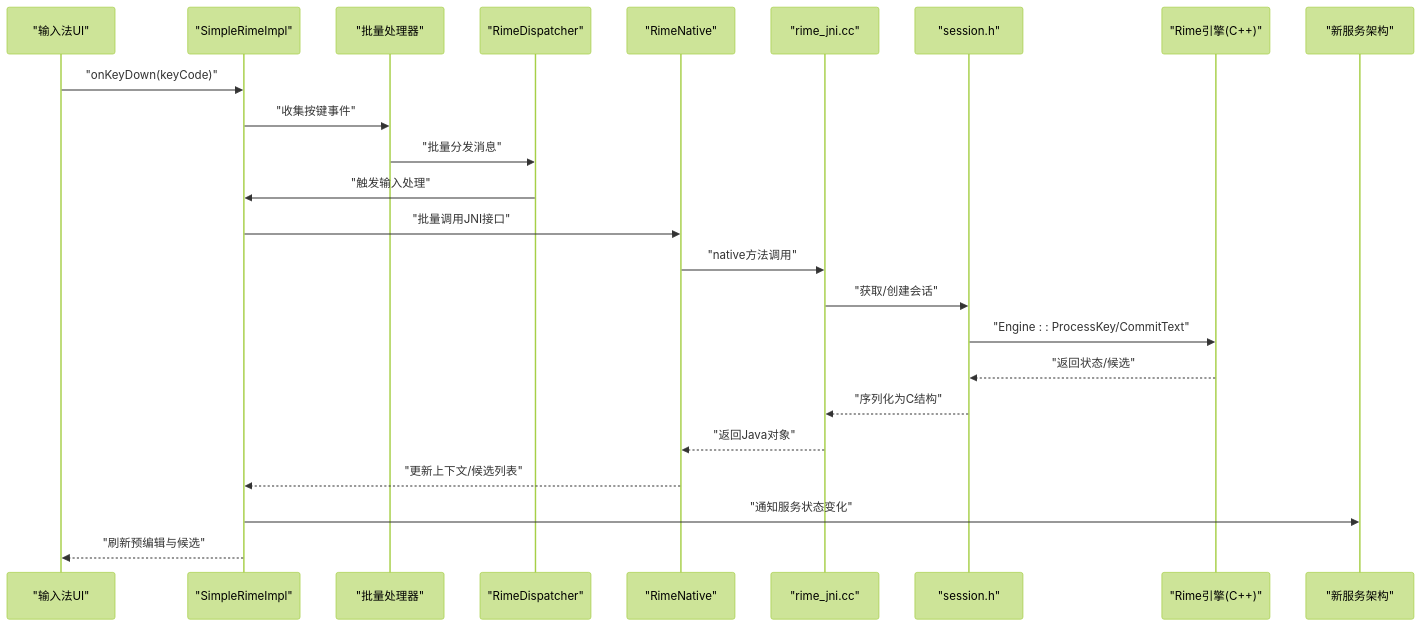
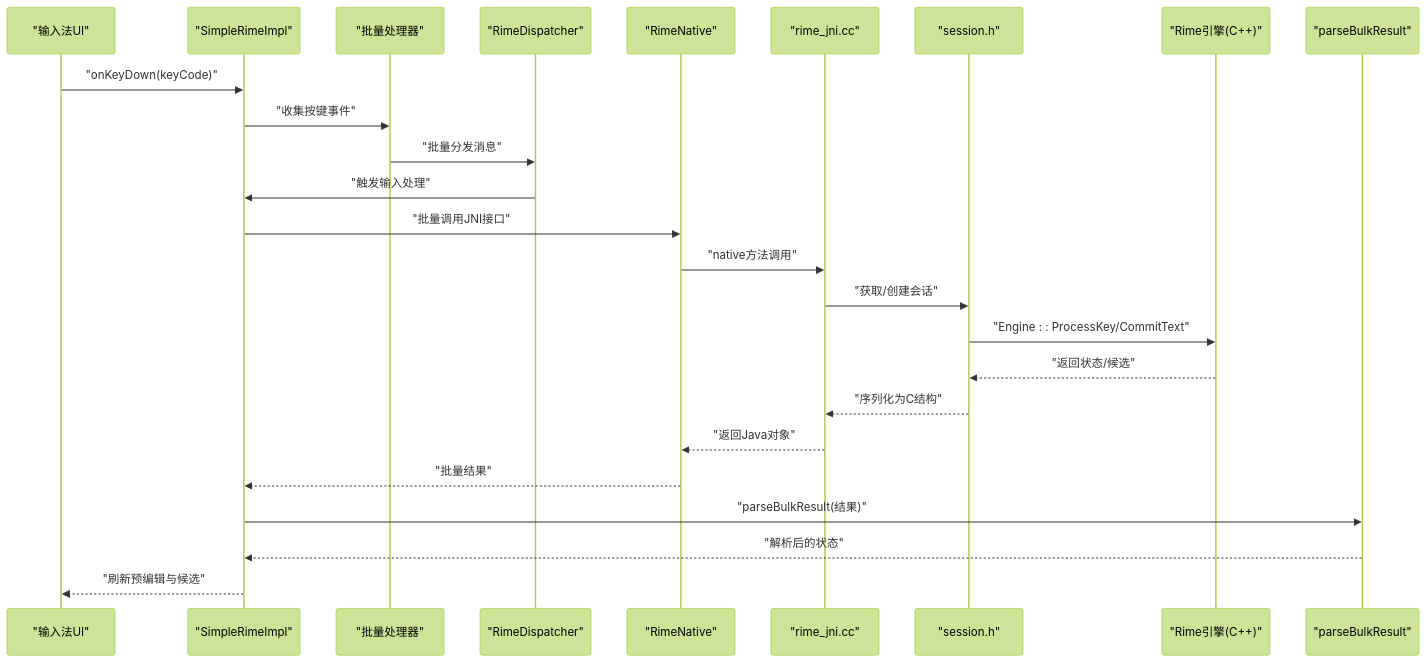
Before and after one commit to qiaodashaoye/ziyou-ime: the second of 10 diagrams in .qoder/repowiki/zh/content/架构设计/分层架构设计/业务逻辑层/SimpleRimeImpl 核心实现.md, drawn with Mermaid (forest theme). The commit also changed other lines of this file and 14 other files, not shown here.

````diff
--- a/.qoder/repowiki/zh/content/架构设计/分层架构设计/业务逻辑层/SimpleRimeImpl 核心实现.md
+++ b/.qoder/repowiki/zh/content/架构设计/分层架构设计/业务逻辑层/SimpleRimeImpl 核心实现.md
@@ -120,26 +123,27 @@
 ```mermaid
 sequenceDiagram
 participant UI as "输入法UI"
 participant Impl as "SimpleRimeImpl"
 participant Batch as "批量处理器"
 participant Disp as "RimeDispatcher"
 participant JNIAPI as "RimeNative"
 participant JNI as "rime_jni.cc"
 participant Sess as "session.h"
 participant Rime as "Rime引擎(C++)"
-participant Service as "新服务架构"
+participant Parse as "parseBulkResult"
 UI->>Impl : "onKeyDown(keyCode)"
 Impl->>Batch : "收集按键事件"
 Batch->>Disp : "批量分发消息"
 Disp->>Impl : "触发输入处理"
 Impl->>JNIAPI : "批量调用JNI接口"
 JNIAPI->>JNI : "native方法调用"
 JNI->>Sess : "获取/创建会话"
 Sess->>Rime : "Engine : : ProcessKey/CommitText"
 Rime-->>Sess : "返回状态/候选"
 Sess-->>JNI : "序列化为C结构"
 JNI-->>JNIAPI : "返回Java对象"
-JNIAPI-->>Impl : "更新上下文/候选列表"
-Impl->>Service : "通知服务状态变化"
+JNIAPI-->>Impl : "批量结果"
+Impl->>Parse : "parseBulkResult(结果)"
+Parse-->>Impl : "解析后的状态"
 Impl-->>UI : "刷新预编辑与候选"
 ```
````
